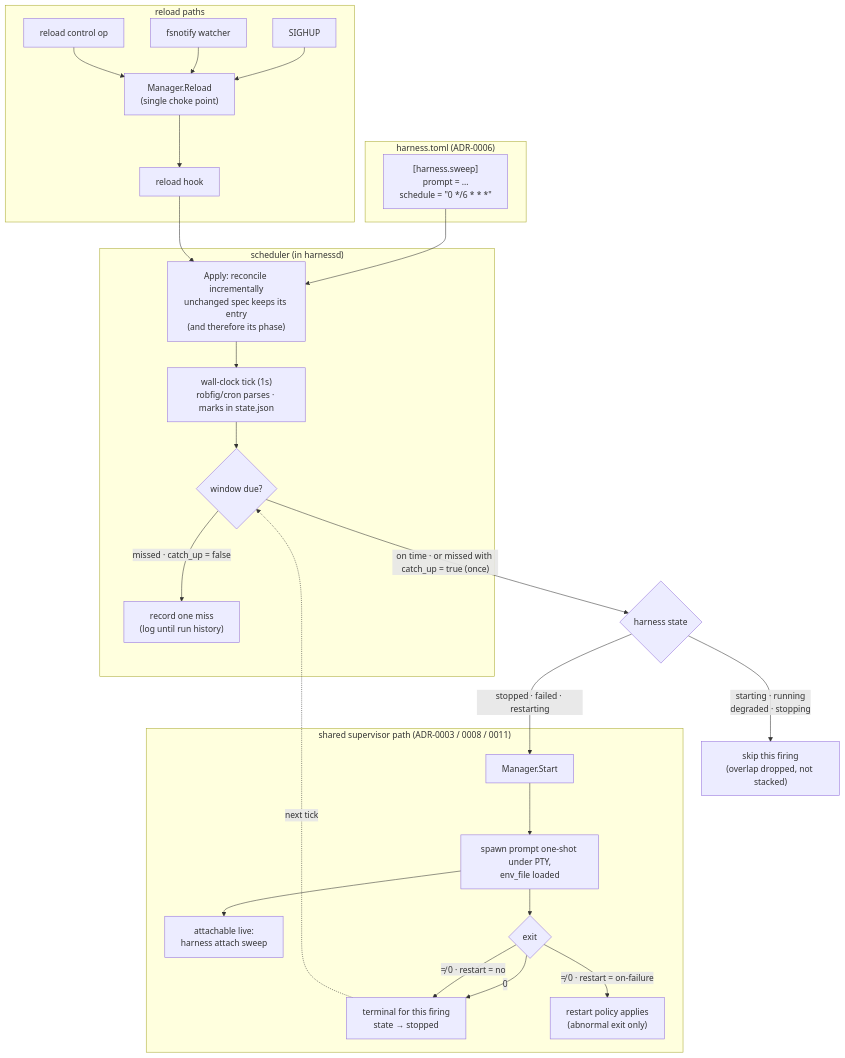
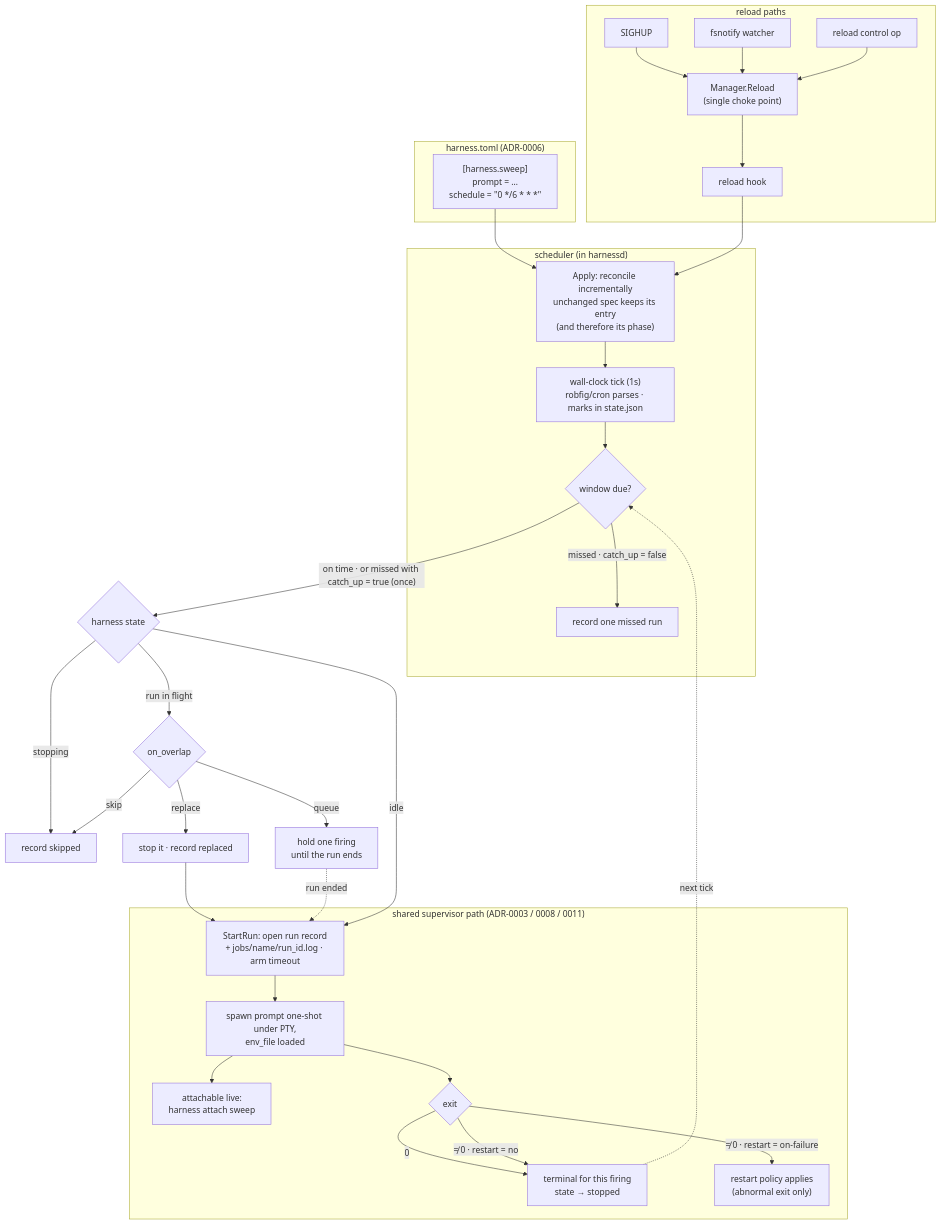
Before and after one commit to stump-wtf/harness: the diagram in docs/adrs/adr-0013-scheduled-one-shot-jobs.md, drawn with Mermaid. The commit also changed other lines of this file and 3 other files, not shown here.

First line of the commit message:
docs: specify run history, timeout and overlap in SPEC-0008

````diff
--- a/docs/adrs/adr-0013-scheduled-one-shot-jobs.md
+++ b/docs/adrs/adr-0013-scheduled-one-shot-jobs.md
@@ -471,38 +518,44 @@
 ```mermaid
 flowchart TD
     subgraph cfg["harness.toml (ADR-0006)"]
         C["[harness.sweep]<br/>prompt = …<br/>schedule = &quot;0 */6 * * *&quot;"]
     end
 
     subgraph reload["reload paths"]
         SIG["SIGHUP"] --> RL
         WATCH["fsnotify watcher"] --> RL
         OP["reload control op"] --> RL
         RL["Manager.Reload<br/>(single choke point)"] --> HOOK["reload hook"]
     end
 
     C --> APPLY
     HOOK --> APPLY
 
     subgraph sched["scheduler (in harnessd)"]
         APPLY["Apply: reconcile incrementally<br/>unchanged spec keeps its entry<br/>(and therefore its phase)"]
         APPLY --> CRON["wall-clock tick (1s)<br/>robfig/cron parses · marks in state.json"]
         CRON --> TICK{"window due?"}
-        TICK -->|"missed · catch_up = false"| MISS["record one miss<br/>(log until run history)"]
+        TICK -->|"missed · catch_up = false"| MISS["record one missed run"]
     end
 
     TICK -->|"on time · or missed with catch_up = true (once)"| GUARD{"harness state"}
-    GUARD -->|"starting · running<br/>degraded · stopping"| SKIP["skip this firing<br/>(overlap dropped, not stacked)"]
-    GUARD -->|"stopped · failed · restarting"| START["Manager.Start"]
+    GUARD -->|"stopping"| SKIP["record skipped"]
+    GUARD -->|"run in flight"| OVERLAP{"on_overlap"}
+    OVERLAP -->|"skip"| SKIP
+    OVERLAP -->|"queue"| HOLD["hold one firing<br/>until the run ends"]
+    OVERLAP -->|"replace"| REPL["stop it · record replaced"]
+    REPL --> START
+    HOLD -.->|"run ended"| START
+    GUARD -->|"idle"| START["StartRun: open run record<br/>+ jobs/name/run_id.log · arm timeout"]
 
     subgraph exec["shared supervisor path (ADR-0003 / 0008 / 0011)"]
         START --> SPAWN["spawn prompt one-shot under PTY,<br/>env_file loaded"]
         SPAWN --> ATT["attachable live:<br/>harness attach sweep"]
         SPAWN --> EXIT{"exit"}
         EXIT -->|"0"| DONE["terminal for this firing<br/>state → stopped"]
         EXIT -->|"≠ 0 · restart = on-failure"| RETRY["restart policy applies<br/>(abnormal exit only)"]
         EXIT -->|"≠ 0 · restart = no"| DONE
     end
 
     DONE -.->|"next tick"| TICK
 ```
````
